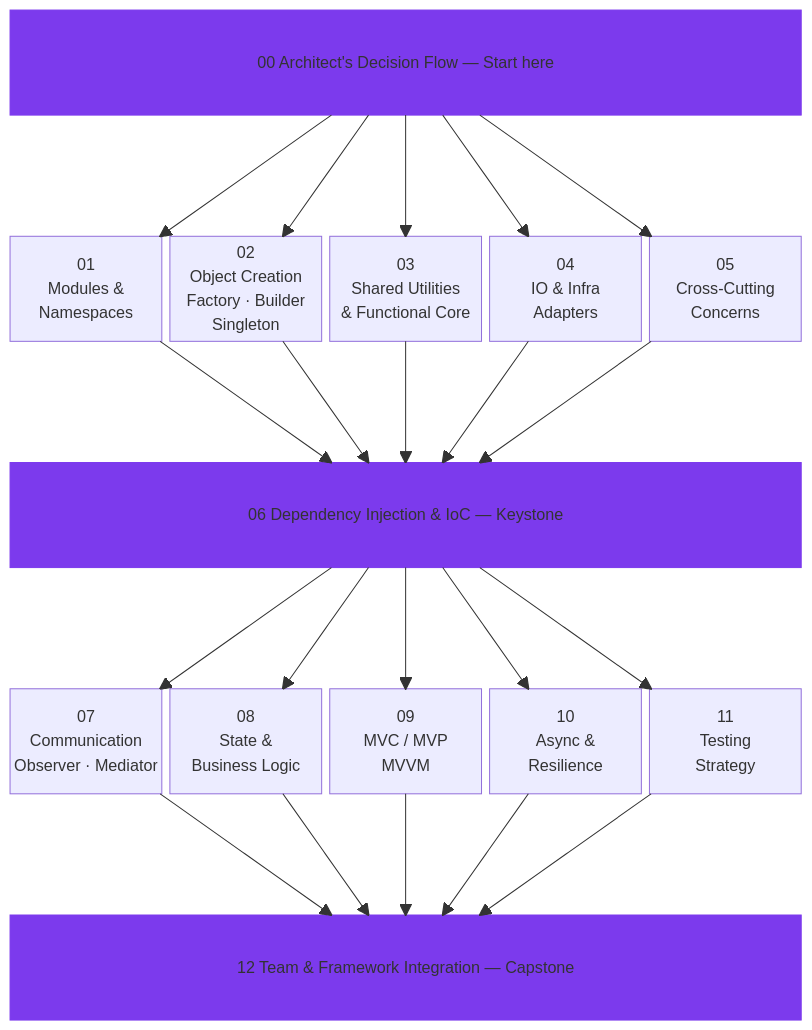
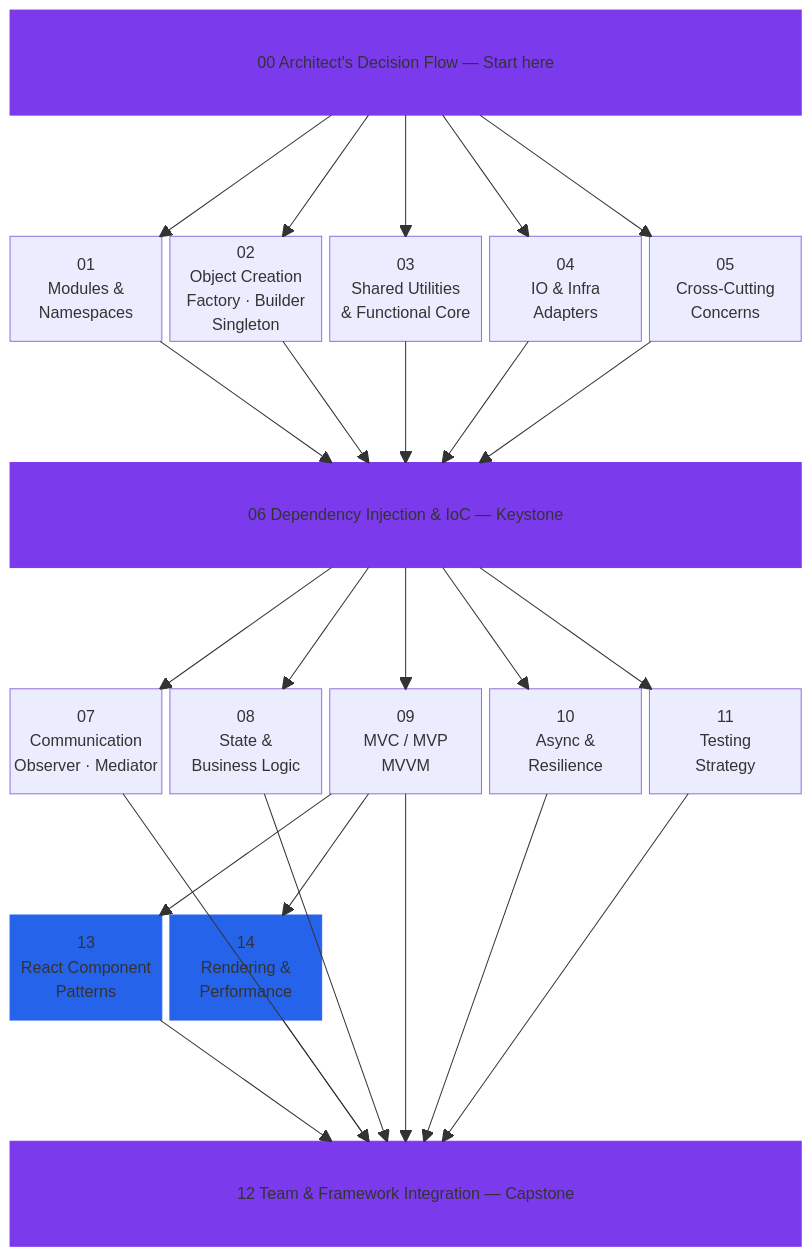
One commit to MattAtAIEra/Learning_JavaScript_Design_Pattern changed the diagram in README.md. Above: the diagram before and after it, drawn with Mermaid. The commit also changed other lines of this file and 21 other files, not shown here.

````diff
--- a/README.md
+++ b/README.md
@@ -69,47 +69,57 @@
 ```mermaid
 block-beta
   columns 5
 
   s00["00 Architect's Decision Flow — Start here"]:5
   space:5
   s01["01\nModules &\nNamespaces"]
   s02["02\nObject Creation\nFactory · Builder\nSingleton"]
   s03["03\nShared Utilities\n& Functional Core"]
   s04["04\nIO & Infra\nAdapters"]
   s05["05\nCross-Cutting\nConcerns"]
   space:5
   s06["06 Dependency Injection & IoC — Keystone"]:5
   space:5
   s07["07\nCommunication\nObserver · Mediator"]
   s08["08\nState &\nBusiness Logic"]
   s09["09\nMVC / MVP\nMVVM"]
   s10["10\nAsync &\nResilience"]
   s11["11\nTesting\nStrategy"]
   space:5
+  s13["13\nReact Component\nPatterns"]
+  s14["14\nRendering &\nPerformance"]
+  space space space
+  space:5
   s12["12 Team & Framework Integration — Capstone"]:5
 
   s00 --> s01
   s00 --> s02
   s00 --> s03
   s00 --> s04
   s00 --> s05
   s01 --> s06
   s02 --> s06
   s03 --> s06
   s04 --> s06
   s05 --> s06
   s06 --> s07
   s06 --> s08
   s06 --> s09
   s06 --> s10
   s06 --> s11
+  s09 --> s13
+  s09 --> s14
   s07 --> s12
   s08 --> s12
   s09 --> s12
   s10 --> s12
   s11 --> s12
+  s13 --> s12
+  s14 --> s12
 
   style s00 fill:#7c3aed,color:#fff,stroke:#7c3aed
   style s06 fill:#7c3aed,color:#fff,stroke:#7c3aed
   style s12 fill:#7c3aed,color:#fff,stroke:#7c3aed
+  style s13 fill:#2563eb,color:#fff,stroke:#2563eb
+  style s14 fill:#2563eb,color:#fff,stroke:#2563eb
 ```
````
